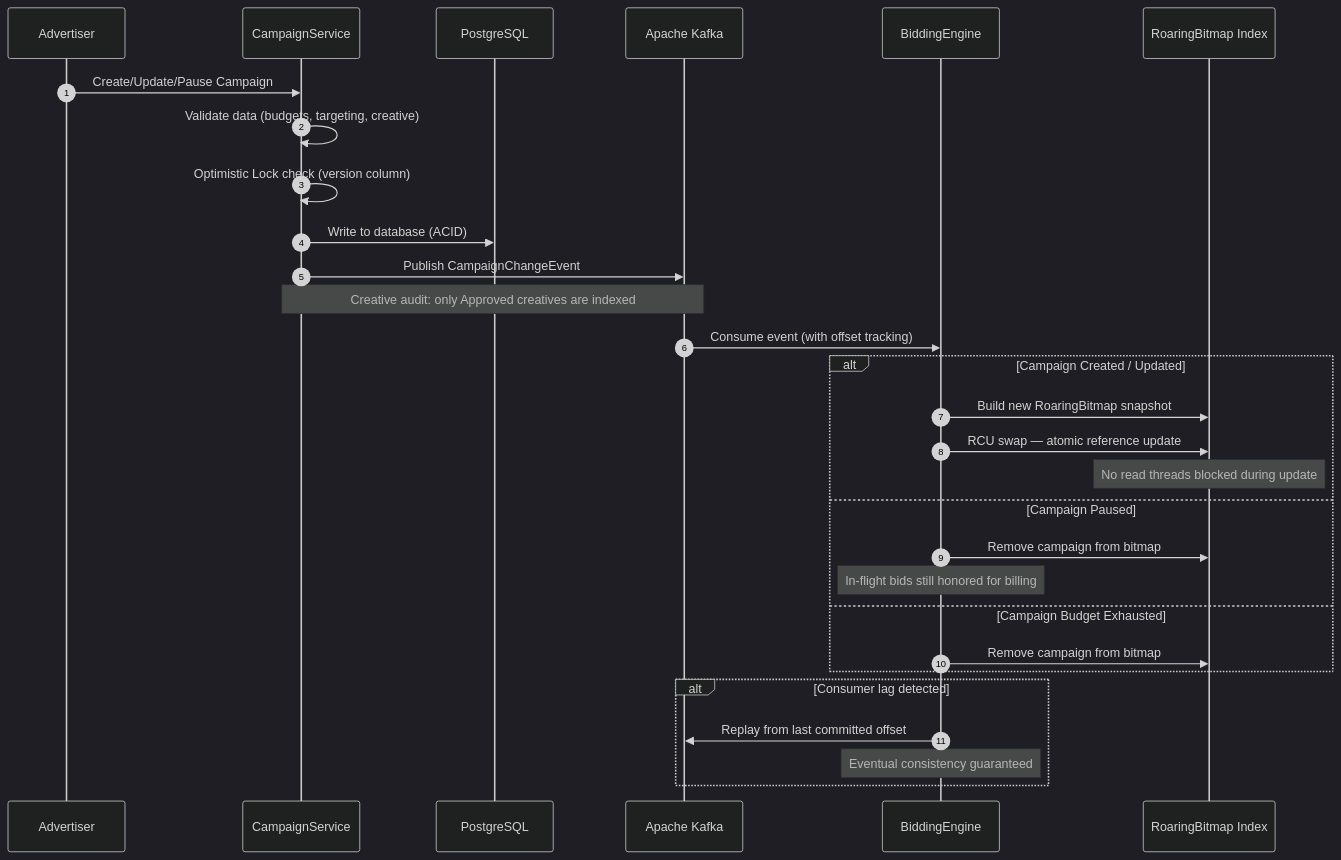
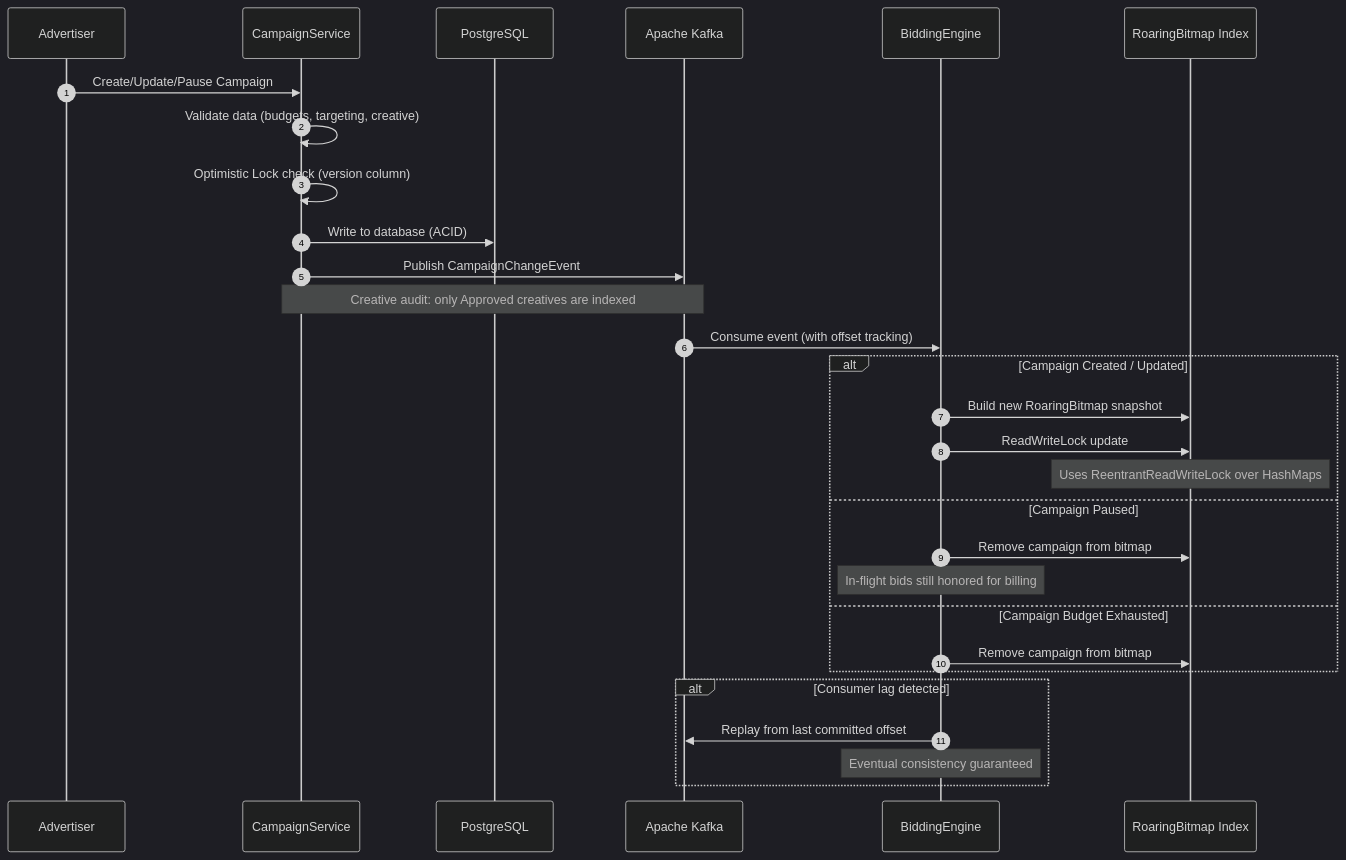
One commit to parthu-reddy/CampaignService changed the second of 2 diagrams in README.md. Above: the diagram before and after it, drawn with Mermaid (dark theme). The commit also changed other lines of this file and 45 other files, not shown here.

````diff
--- a/README.md
+++ b/README.md
@@ -121,36 +114,36 @@
 ```mermaid
 sequenceDiagram
     autonumber
     participant Adv as Advertiser
     participant CS as CampaignService
     participant PG as PostgreSQL
     participant Kafka as Apache Kafka
     participant BE as BiddingEngine
     participant Index as RoaringBitmap Index
 
     Adv->>CS: Create/Update/Pause Campaign
     CS->>CS: Validate data (budgets, targeting, creative)
     CS->>CS: Optimistic Lock check (version column)
     CS->>PG: Write to database (ACID)
     CS->>Kafka: Publish CampaignChangeEvent
 
     Note over CS,Kafka: Creative audit: only Approved creatives are indexed
 
     Kafka->>BE: Consume event (with offset tracking)
 
     alt Campaign Created / Updated
         BE->>Index: Build new RoaringBitmap snapshot
-        BE->>Index: RCU swap — atomic reference update
-        Note over Index: No read threads blocked during update
+        BE->>Index: ReadWriteLock update
+        Note over Index: Uses ReentrantReadWriteLock over HashMaps
     else Campaign Paused
         BE->>Index: Remove campaign from bitmap
         Note over BE: In-flight bids still honored for billing
     else Campaign Budget Exhausted
         BE->>Index: Remove campaign from bitmap
     end
 
     alt Consumer lag detected
         BE->>Kafka: Replay from last committed offset
         Note over BE: Eventual consistency guaranteed
     end
 ```
````
